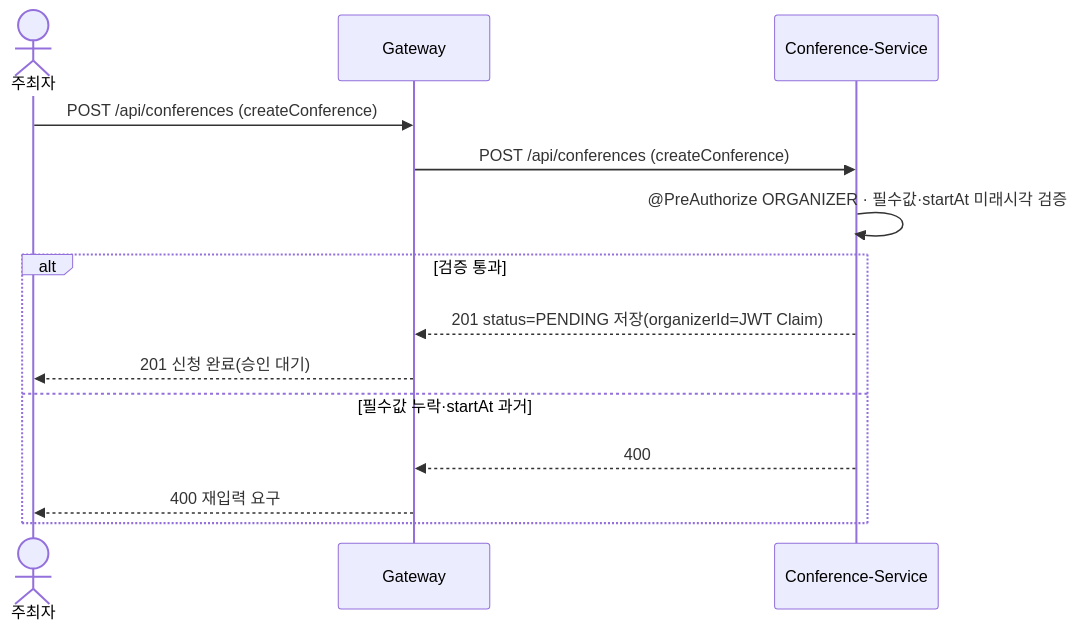
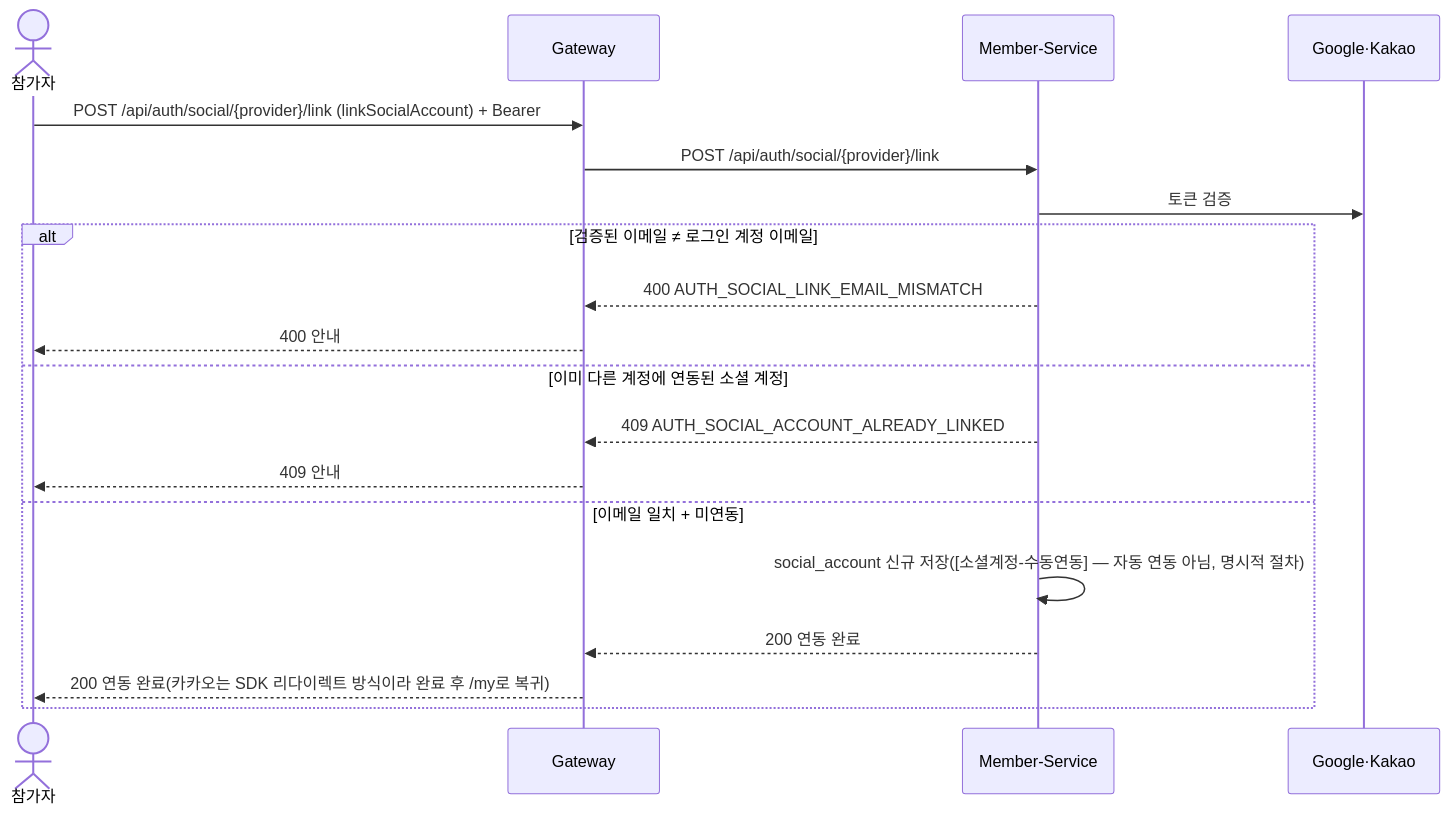
One commit to likelion-backend-24th/Final-Project-Team3 changed the eighth of 30 diagrams in docs/시퀀스.md. Above: the diagram before and after it, drawn with Mermaid. The commit also changed other lines of this file and 4 other files, not shown here.

````diff
--- a/docs/시퀀스.md
+++ b/docs/시퀀스.md
@@ -138,16 +201,21 @@
 ```mermaid
 sequenceDiagram
-    actor O as 주최자
+    actor P as 참가자
     participant G as Gateway
-    participant CS as Conference-Service
-    O->>G: POST /api/conferences (createConference)
-    G->>CS: POST /api/conferences (createConference)
-    CS->>CS: @PreAuthorize ORGANIZER · 필수값·startAt 미래시각 검증
-    alt 검증 통과
-        CS-->>G: 201 status=PENDING 저장(organizerId=JWT Claim)
-        G-->>O: 201 신청 완료(승인 대기)
-    else 필수값 누락·startAt 과거
-        CS-->>G: 400
-        G-->>O: 400 재입력 요구
+    participant MS as Member-Service
+    participant SP as Google·Kakao
+    P->>G: POST /api/auth/social/{provider}/link (linkSocialAccount) + Bearer
+    G->>MS: POST /api/auth/social/{provider}/link
+    MS->>SP: 토큰 검증
+    alt 검증된 이메일 ≠ 로그인 계정 이메일
+        MS-->>G: 400 AUTH_SOCIAL_LINK_EMAIL_MISMATCH
+        G-->>P: 400 안내
+    else 이미 다른 계정에 연동된 소셜 계정
+        MS-->>G: 409 AUTH_SOCIAL_ACCOUNT_ALREADY_LINKED
+        G-->>P: 409 안내
+    else 이메일 일치 + 미연동
+        MS->>MS: social_account 신규 저장([소셜계정-수동연동] — 자동 연동 아님, 명시적 절차)
+        MS-->>G: 200 연동 완료
+        G-->>P: 200 연동 완료(카카오는 SDK 리다이렉트 방식이라 완료 후 /my로 복귀)
     end
 ```
````
